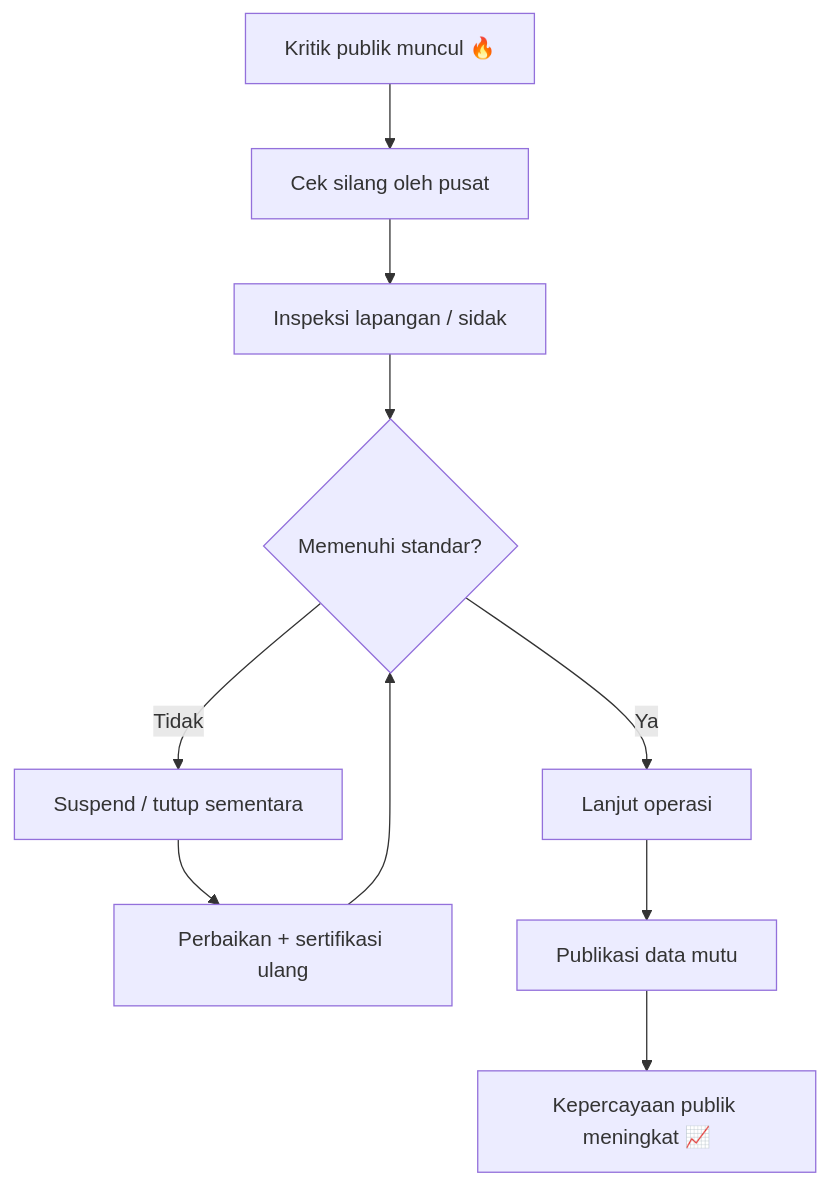
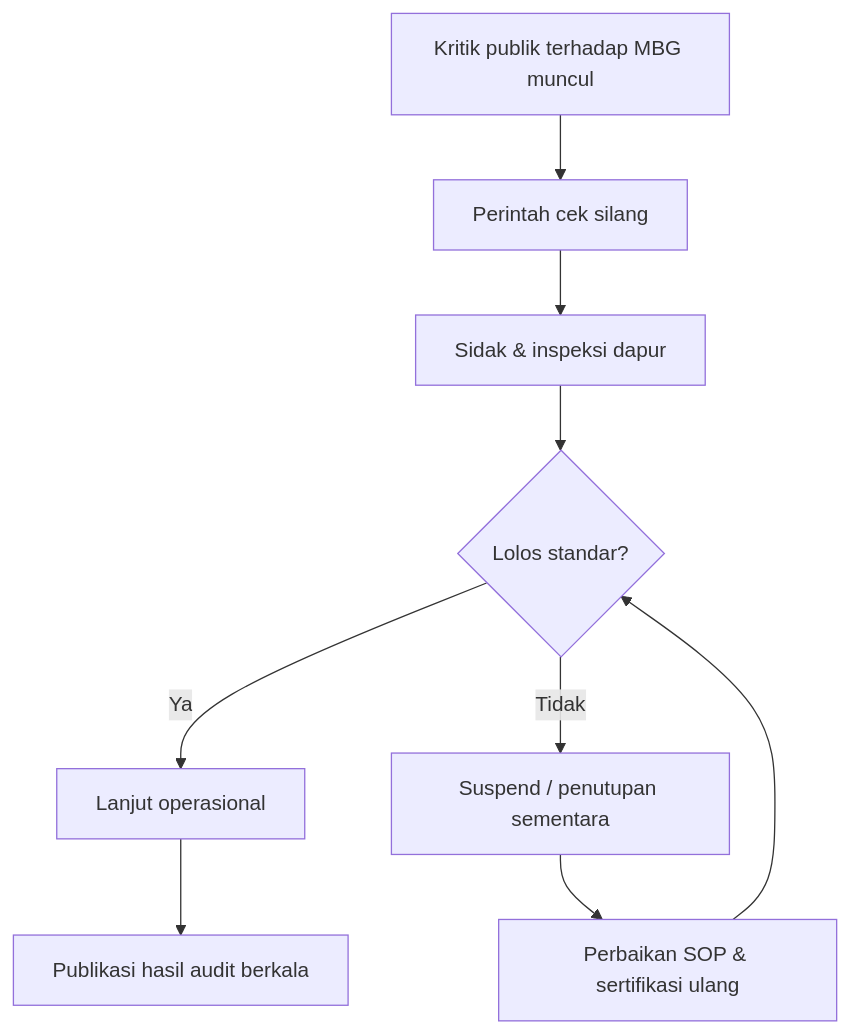
One commit to dwirx/BangunAI-Blog changed the first of 3 diagrams in src/content/articles/presiden-prabowo-menjawab-part-1-analisis-mendalam-serangan-aktivis-bop-mbg-dan-dampak-perang.mdx. Above: the diagram before and after it, drawn with Mermaid. The commit also changed other lines of this file, not shown here.

````diff
--- a/src/content/articles/presiden-prabowo-menjawab-part-1-analisis-mendalam-serangan-aktivis-bop-mbg-dan-dampak-perang.mdx
+++ b/src/content/articles/presiden-prabowo-menjawab-part-1-analisis-mendalam-serangan-aktivis-bop-mbg-dan-dampak-perang.mdx
@@ -67,12 +101,11 @@
 ```mermaid
 flowchart TD
-    A[Kritik publik muncul 🔥] --> B[Cek silang oleh pusat]
-    B --> C[Inspeksi lapangan / sidak]
-    C --> D{Memenuhi standar?}
-    D -->|Ya| E[Lanjut operasi]
-    D -->|Tidak| F[Suspend / tutup sementara]
-    F --> G[Perbaikan + sertifikasi ulang]
+    A[Kritik publik terhadap MBG muncul] --> B[Perintah cek silang]
+    B --> C[Sidak & inspeksi dapur]
+    C --> D{Lolos standar?}
+    D -->|Ya| E[Lanjut operasional]
+    D -->|Tidak| F[Suspend / penutupan sementara]
+    F --> G[Perbaikan SOP & sertifikasi ulang]
     G --> D
-    E --> H[Publikasi data mutu]
-    H --> I[Kepercayaan publik meningkat 📈]
+    E --> H[Publikasi hasil audit berkala]
 ```
````
